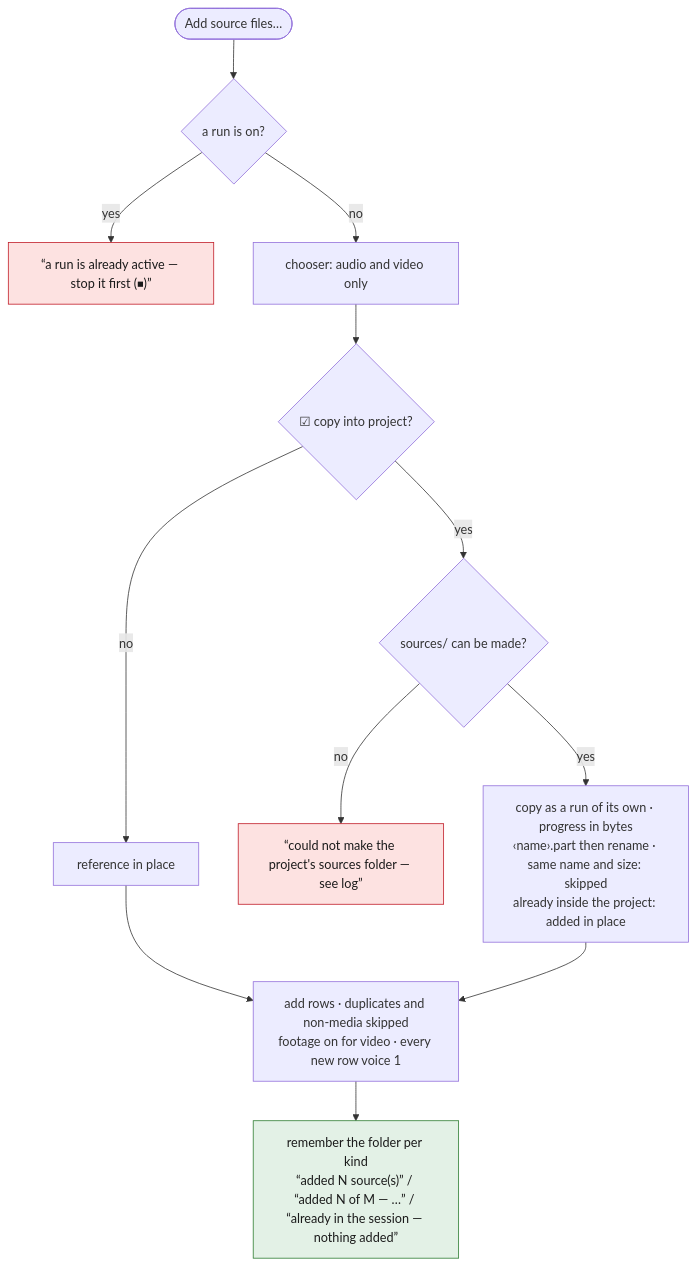
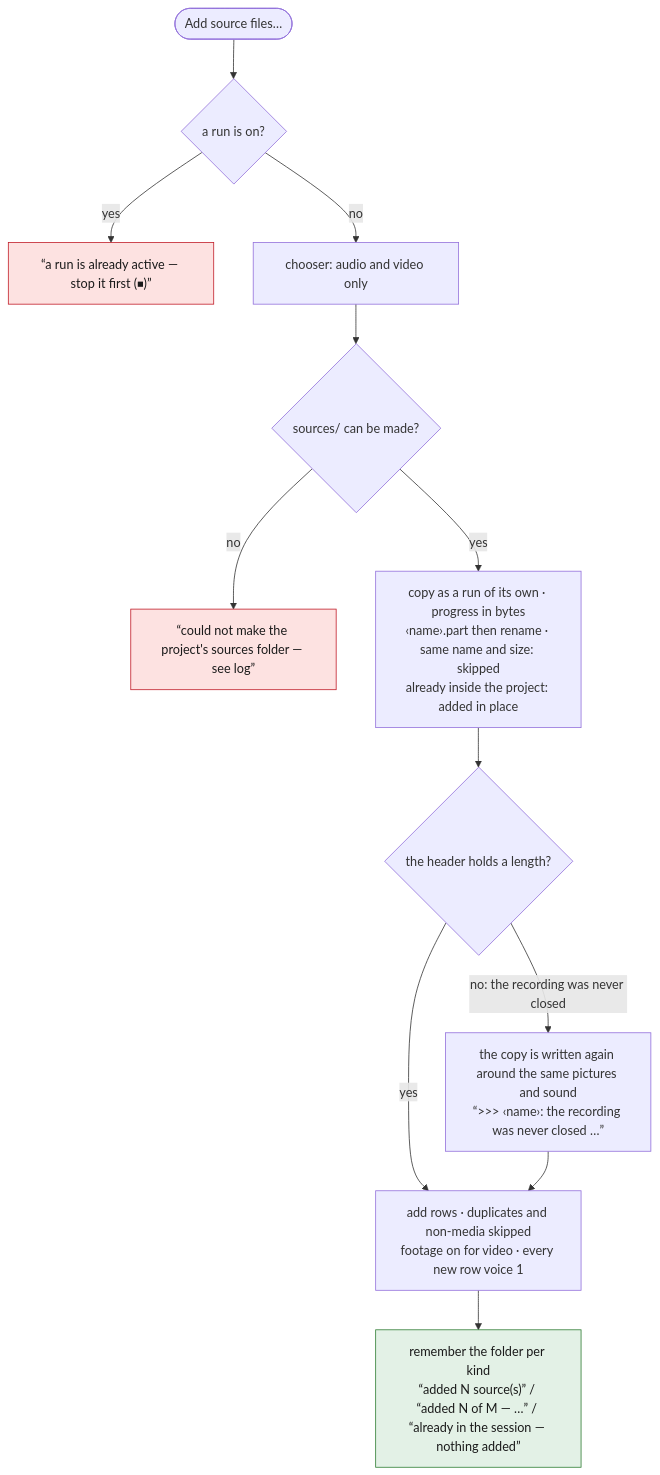
One commit to tbocek/naivepost changed diagram 11 of 12 in spec/03-shell.md. Above: the diagram before and after it, drawn with Mermaid. The commit also changed other lines of this file and 87 other files, not shown here.

````diff
--- a/spec/03-shell.md
+++ b/spec/03-shell.md
@@ -252,16 +252,16 @@
 ```mermaid
 flowchart TD
   A(["Add source files…"]) --> R0{"a run is on?"}
   R0 -- yes --> R1["“a run is already active — stop it first (⏹)”"]:::refuse
   R0 -- no --> B["chooser: audio and video only"]
-  B --> C{"☑ copy into project?"}
-  C -- no --> REF["reference in place"]
-  C -- yes --> MK{"sources/ can be made?"}
+  B --> MK{"sources/ can be made?"}
   MK -- no --> R2["“could not make the project's sources folder — see log”"]:::refuse
   MK -- yes --> CP["copy as a run of its own · progress in bytes<br/>‹name›.part then rename · same name and size: skipped<br/>already inside the project: added in place"]
-  REF --> ADD
-  CP --> ADD["add rows · duplicates and non-media skipped<br/>footage on for video · every new row voice 1"]
+  CP --> HD{"the header holds a length?"}
+  HD -- yes --> ADD
+  HD -- "no: the recording was never closed" --> FIX["the copy is written again around the same pictures and sound<br/>“>>> ‹name›: the recording was never closed …”"]
+  FIX --> ADD["add rows · duplicates and non-media skipped<br/>footage on for video · every new row voice 1"]
   ADD --> S["remember the folder per kind<br/>“added N source(s)” / “added N of M — …” / “already in the session — nothing added”"]:::done
   classDef refuse fill:#fde2e1,stroke:#c01c28,color:#1a1a1a
   classDef done fill:#e3f1e6,stroke:#2e7d32,color:#1a1a1a
 ```
````
